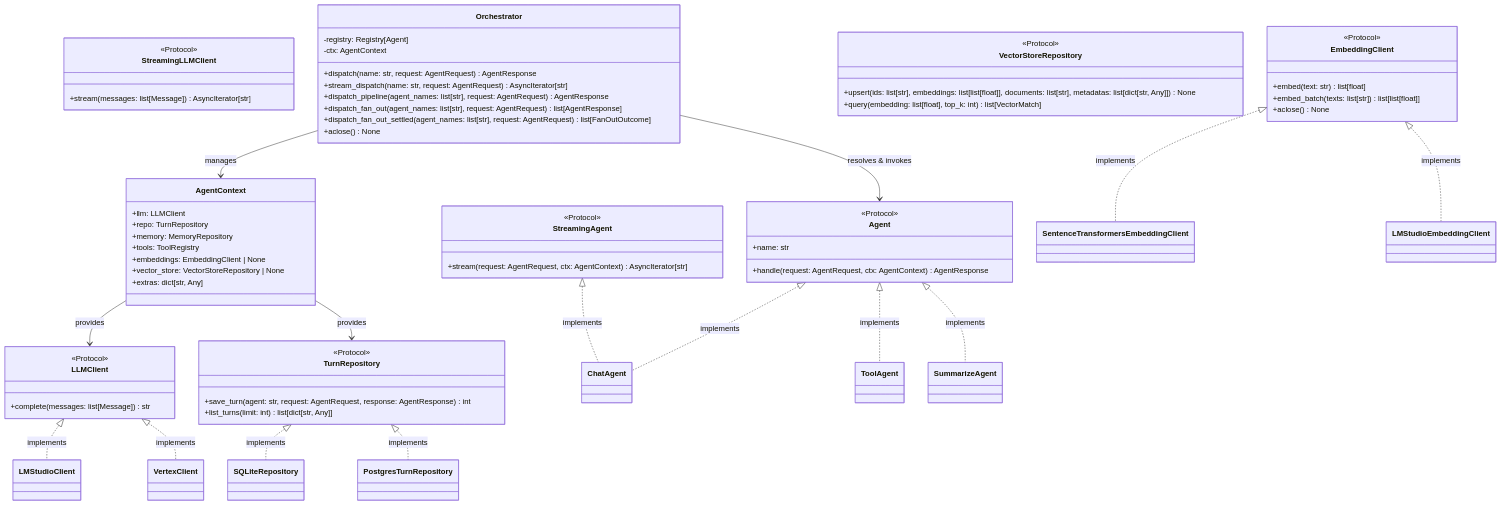
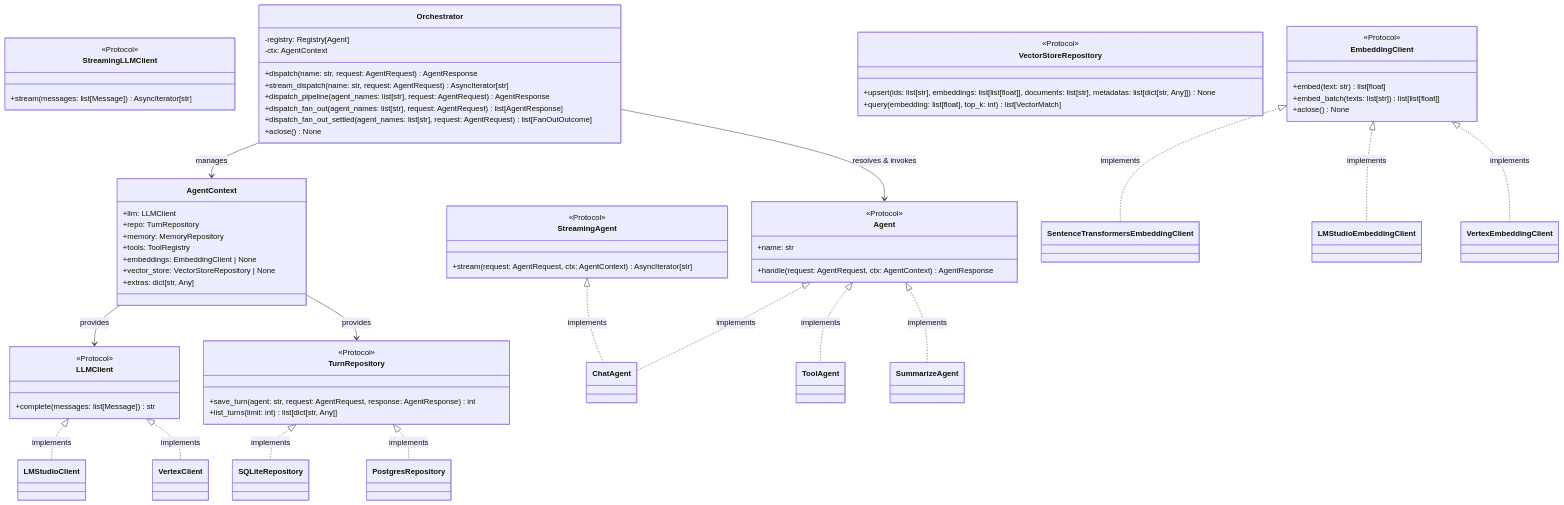
One commit to Mango-Metrics-NLM/MangoMas_V2 changed the first of 3 diagrams in docs/architecture/c4-code.md. Above: the diagram before and after it, drawn with Mermaid. The commit also changed other lines of this file and 87 other files, not shown here.

````diff
--- a/docs/architecture/c4-code.md
+++ b/docs/architecture/c4-code.md
@@ -16,80 +16,81 @@
 ```mermaid
 classDiagram
     direction TB
-    
+
     class Agent {
         <<Protocol>>
         +name: str
         +handle(request: AgentRequest, ctx: AgentContext) AgentResponse
     }
-    
+
     class StreamingAgent {
         <<Protocol>>
         +stream(request: AgentRequest, ctx: AgentContext) AsyncIterator[str]
     }
-    
+
     class LLMClient {
         <<Protocol>>
         +complete(messages: list[Message]) str
     }
-    
+
     class StreamingLLMClient {
         <<Protocol>>
         +stream(messages: list[Message]) AsyncIterator[str]
     }
-    
+
     class EmbeddingClient {
         <<Protocol>>
         +embed(text: str) list[float]
         +embed_batch(texts: list[str]) list[list[float]]
         +aclose() None
     }
-    
+
     class TurnRepository {
         <<Protocol>>
         +save_turn(agent: str, request: AgentRequest, response: AgentResponse) int
         +list_turns(limit: int) list[dict[str, Any]]
     }
-    
+
     class VectorStoreRepository {
         <<Protocol>>
         +upsert(ids: list[str], embeddings: list[list[float]], documents: list[str], metadatas: list[dict[str, Any]]) None
         +query(embedding: list[float], top_k: int) list[VectorMatch]
     }
-    
+
     class Orchestrator {
         -registry: Registry[Agent]
         -ctx: AgentContext
         +dispatch(name: str, request: AgentRequest) AgentResponse
         +stream_dispatch(name: str, request: AgentRequest) AsyncIterator[str]
         +dispatch_pipeline(agent_names: list[str], request: AgentRequest) AgentResponse
         +dispatch_fan_out(agent_names: list[str], request: AgentRequest) list[AgentResponse]
         +dispatch_fan_out_settled(agent_names: list[str], request: AgentRequest) list[FanOutOutcome]
         +aclose() None
     }
-    
+
     class AgentContext {
         +llm: LLMClient
         +repo: TurnRepository
         +memory: MemoryRepository
         +tools: ToolRegistry
         +embeddings: EmbeddingClient | None
         +vector_store: VectorStoreRepository | None
         +extras: dict[str, Any]
     }
-    
+
     Orchestrator --> AgentContext : manages
     Orchestrator --> Agent : resolves & invokes
     Agent <|.. ChatAgent : implements
     Agent <|.. ToolAgent : implements
     Agent <|.. SummarizeAgent : implements
     StreamingAgent <|.. ChatAgent : implements
     AgentContext --> LLMClient : provides
     AgentContext --> TurnRepository : provides
     LLMClient <|.. LMStudioClient : implements
     LLMClient <|.. VertexClient : implements
     EmbeddingClient <|.. SentenceTransformersEmbeddingClient : implements
     EmbeddingClient <|.. LMStudioEmbeddingClient : implements
+    EmbeddingClient <|.. VertexEmbeddingClient : implements
     TurnRepository <|.. SQLiteRepository : implements
-    TurnRepository <|.. PostgresTurnRepository : implements
+    TurnRepository <|.. PostgresRepository : implements
 ```
````
